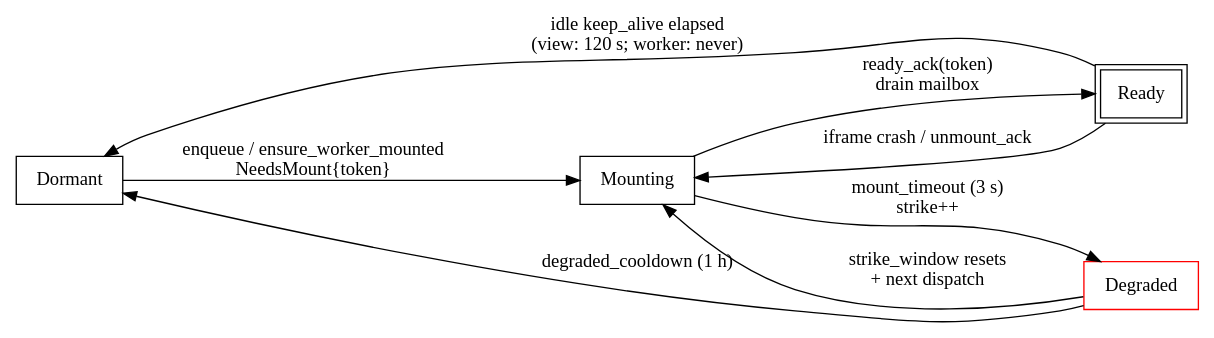
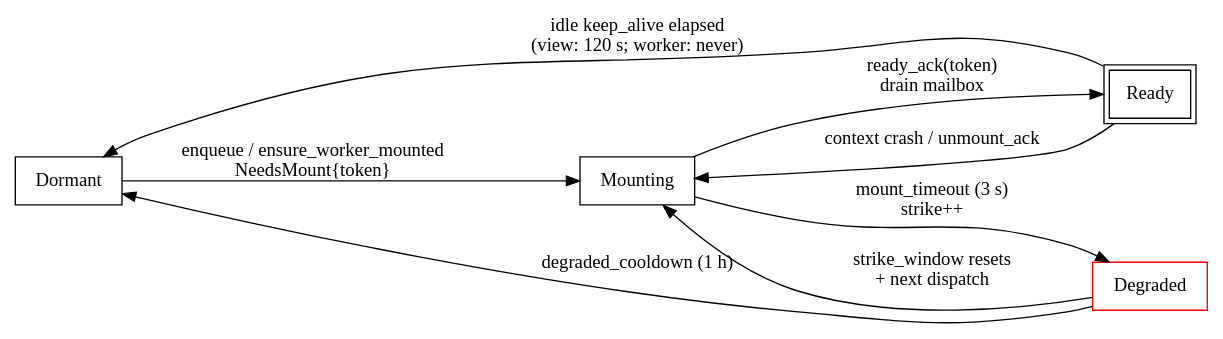
Before and after one commit to Xoshbin/asyar: the diagram in docs/explanation/extension-runtime.md, drawn with Graphviz. The commit also changed other lines of this file and 9 other files, not shown here.

````diff
--- a/docs/explanation/extension-runtime.md
+++ b/docs/explanation/extension-runtime.md
@@ -35,17 +58,17 @@
 ```dot
 digraph extension_runtime {
   rankdir=LR;
   Dormant   [shape=box];
   Mounting  [shape=box];
   Ready     [shape=box, peripheries=2];
   Degraded  [shape=box, color=red];
 
   Dormant  -> Mounting [label="enqueue / ensure_worker_mounted\nNeedsMount{token}"];
   Mounting -> Ready    [label="ready_ack(token)\ndrain mailbox"];
   Mounting -> Degraded [label="mount_timeout (3 s)\nstrike++"];
   Ready    -> Dormant  [label="idle keep_alive elapsed\n(view: 120 s; worker: never)"];
-  Ready    -> Mounting [label="iframe crash / unmount_ack"];
+  Ready    -> Mounting [label="context crash / unmount_ack"];
   Degraded -> Mounting [label="strike_window resets\n+ next dispatch"];
   Degraded -> Dormant  [label="degraded_cooldown (1 h)"];
 }
 ```
````
